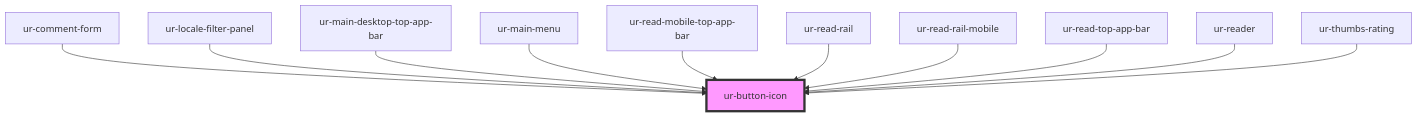
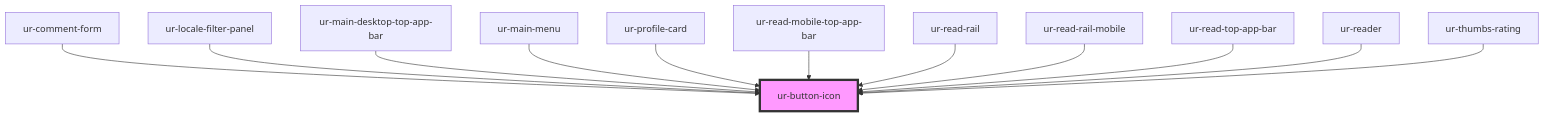
One commit to hellish/urnovl-web-components changed the diagram in src/components/ur-button-icon/readme.md. Above: the diagram before and after it, drawn with Mermaid. The commit also changed other lines of this file and 15 other files, not shown here.

````diff
--- a/src/components/ur-button-icon/readme.md
+++ b/src/components/ur-button-icon/readme.md
@@ -42,14 +43,15 @@
 ```mermaid
 graph TD;
   ur-comment-form --> ur-button-icon
   ur-locale-filter-panel --> ur-button-icon
   ur-main-desktop-top-app-bar --> ur-button-icon
   ur-main-menu --> ur-button-icon
+  ur-profile-card --> ur-button-icon
   ur-read-mobile-top-app-bar --> ur-button-icon
   ur-read-rail --> ur-button-icon
   ur-read-rail-mobile --> ur-button-icon
   ur-read-top-app-bar --> ur-button-icon
   ur-reader --> ur-button-icon
   ur-thumbs-rating --> ur-button-icon
   style ur-button-icon fill:#f9f,stroke:#333,stroke-width:4px
 ```
````
